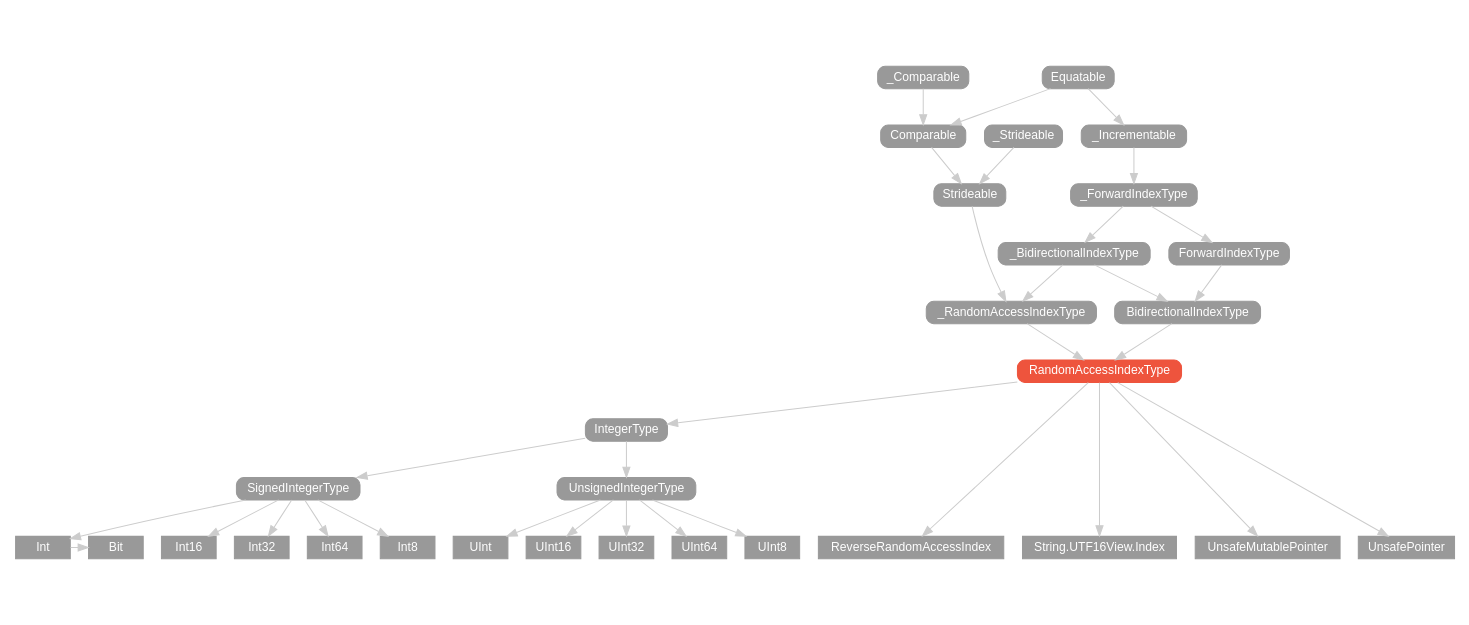
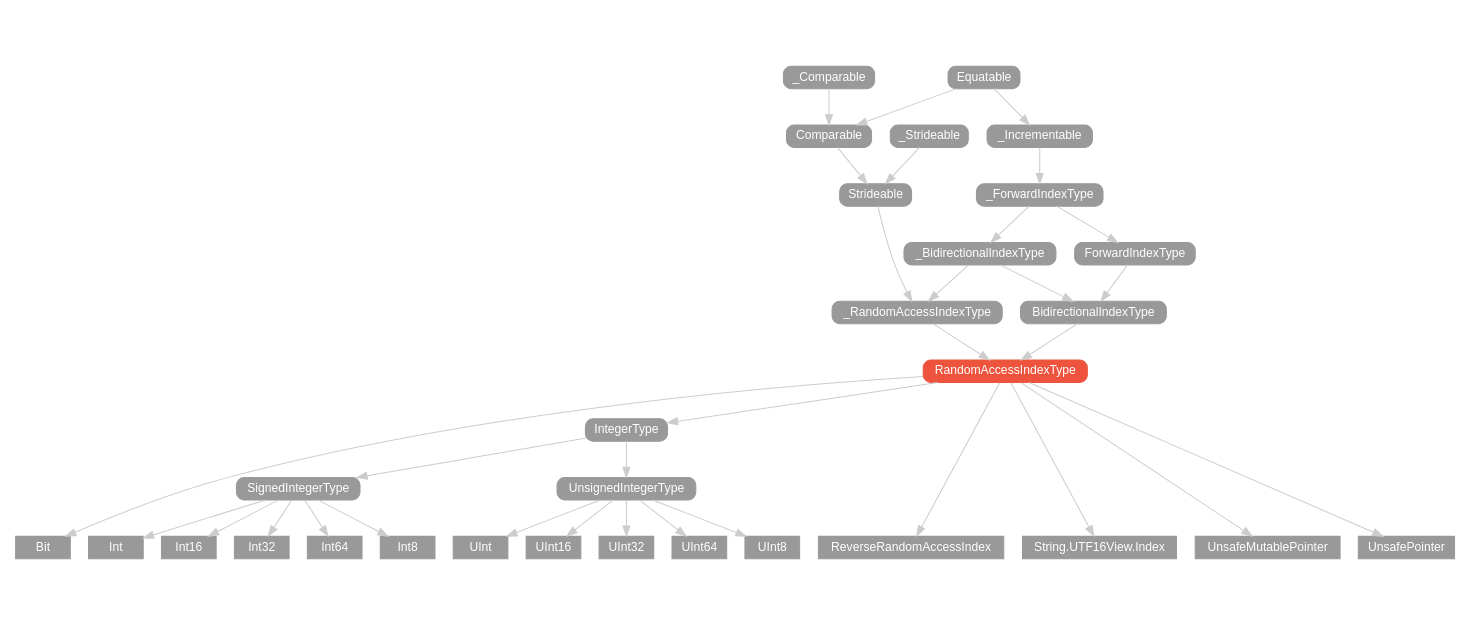
The diagram in v1.2/protocol/RandomAccessIndexType/hierarchy/index.dot (SwiftDoc/SwiftDoc.github.io), drawn with Graphviz before and after one commit. The commit also changed 682 other files, not shown here.

```diff
--- a/v1.2/protocol/RandomAccessIndexType/hierarchy/index.dot
+++ b/v1.2/protocol/RandomAccessIndexType/hierarchy/index.dot
@@ -1,74 +1,74 @@
 strict digraph "RandomAccessIndexType - Type Hierarchy - SwiftDoc.org" {
     pad="0.1,0.8"
     node [shape=box, style="filled,rounded", color="#999999", fillcolor="#999999", fontcolor=white, fontname=Helvetica, fontnames="Helvetica,sansserif", fontsize=12, margin="0.07,0.05", height="0.3"]
     edge [color="#cccccc"]
     "BidirectionalIndexType" [URL="/protocol/BidirectionalIndexType/hierarchy/"]
     "Bit" [URL="/type/Bit/hierarchy/", style=filled]
     "Comparable" [URL="/protocol/Comparable/hierarchy/"]
     "Equatable" [URL="/protocol/Equatable/hierarchy/"]
     "ForwardIndexType" [URL="/protocol/ForwardIndexType/hierarchy/"]
     "Int" [URL="/type/Int/hierarchy/", style=filled]
     "Int16" [URL="/type/Int16/hierarchy/", style=filled]
     "Int32" [URL="/type/Int32/hierarchy/", style=filled]
     "Int64" [URL="/type/Int64/hierarchy/", style=filled]
     "Int8" [URL="/type/Int8/hierarchy/", style=filled]
     "IntegerType" [URL="/protocol/IntegerType/hierarchy/"]
     "RandomAccessIndexType" [URL="/protocol/RandomAccessIndexType/", style="filled,rounded", fillcolor="#ee543d", color="#ee543d"]
     "ReverseRandomAccessIndex" [URL="/type/ReverseRandomAccessIndex/hierarchy/", style=filled]
     "SignedIntegerType" [URL="/protocol/SignedIntegerType/hierarchy/"]
     "Strideable" [URL="/protocol/Strideable/hierarchy/"]
     "String.UTF16View.Index" [URL="/type/String.UTF16View.Index/hierarchy/", style=filled]
     "UInt" [URL="/type/UInt/hierarchy/", style=filled]
     "UInt16" [URL="/type/UInt16/hierarchy/", style=filled]
     "UInt32" [URL="/type/UInt32/hierarchy/", style=filled]
     "UInt64" [URL="/type/UInt64/hierarchy/", style=filled]
     "UInt8" [URL="/type/UInt8/hierarchy/", style=filled]
     "UnsafeMutablePointer" [URL="/type/UnsafeMutablePointer/hierarchy/", style=filled]
     "UnsafePointer" [URL="/type/UnsafePointer/hierarchy/", style=filled]
     "UnsignedIntegerType" [URL="/protocol/UnsignedIntegerType/hierarchy/"]
     "_BidirectionalIndexType" [URL="/protocol/_BidirectionalIndexType/hierarchy/"]
     "_Comparable" [URL="/protocol/_Comparable/hierarchy/"]
     "_ForwardIndexType" [URL="/protocol/_ForwardIndexType/hierarchy/"]
     "_Incrementable" [URL="/protocol/_Incrementable/hierarchy/"]
     "_RandomAccessIndexType" [URL="/protocol/_RandomAccessIndexType/hierarchy/"]
-    "_Strideable" [URL="/protocol/_Strideable/hierarchy/"]    "RandomAccessIndexType" -> "IntegerType"
+    "_Strideable" [URL="/protocol/_Strideable/hierarchy/"]    "RandomAccessIndexType" -> "Bit"
+    "RandomAccessIndexType" -> "IntegerType"
     "RandomAccessIndexType" -> "ReverseRandomAccessIndex"
     "RandomAccessIndexType" -> "UnsafeMutablePointer"
     "RandomAccessIndexType" -> "UnsafePointer"
     "RandomAccessIndexType" -> "String.UTF16View.Index"
     "IntegerType" -> "SignedIntegerType"
     "IntegerType" -> "UnsignedIntegerType"
     "SignedIntegerType" -> "Int"
     "SignedIntegerType" -> "Int16"
     "SignedIntegerType" -> "Int32"
     "SignedIntegerType" -> "Int64"
     "SignedIntegerType" -> "Int8"
-    "Int" -> "Bit"
     "UnsignedIntegerType" -> "UInt"
     "UnsignedIntegerType" -> "UInt16"
     "UnsignedIntegerType" -> "UInt32"
     "UnsignedIntegerType" -> "UInt64"
     "UnsignedIntegerType" -> "UInt8"
     "BidirectionalIndexType" -> "RandomAccessIndexType"
     "_RandomAccessIndexType" -> "RandomAccessIndexType"
     "ForwardIndexType" -> "BidirectionalIndexType"
     "_BidirectionalIndexType" -> "BidirectionalIndexType"
     "_ForwardIndexType" -> "ForwardIndexType"
     "_Incrementable" -> "_ForwardIndexType"
     "Equatable" -> "_Incrementable"
     "_ForwardIndexType" -> "_BidirectionalIndexType"
     "_Incrementable" -> "_ForwardIndexType"
     "Equatable" -> "_Incrementable"
     "_BidirectionalIndexType" -> "_RandomAccessIndexType"
     "Strideable" -> "_RandomAccessIndexType"
     "_ForwardIndexType" -> "_BidirectionalIndexType"
     "_Incrementable" -> "_ForwardIndexType"
     "Equatable" -> "_Incrementable"
     "Comparable" -> "Strideable"
     "_Strideable" -> "Strideable"
     "_Comparable" -> "Comparable"
     "Equatable" -> "Comparable"
     subgraph Types {
-        rank = max; "ReverseRandomAccessIndex"; "UnsafeMutablePointer"; "UnsafePointer"; "String.UTF16View.Index"; "Int"; "Int16"; "Int32"; "Int64"; "Int8"; "Bit"; "UInt"; "UInt16"; "UInt32"; "UInt64"; "UInt8";
+        rank = max; "Bit"; "ReverseRandomAccessIndex"; "UnsafeMutablePointer"; "UnsafePointer"; "String.UTF16View.Index"; "Int"; "Int16"; "Int32"; "Int64"; "Int8"; "UInt"; "UInt16"; "UInt32"; "UInt64"; "UInt8";
     }
 }
```
